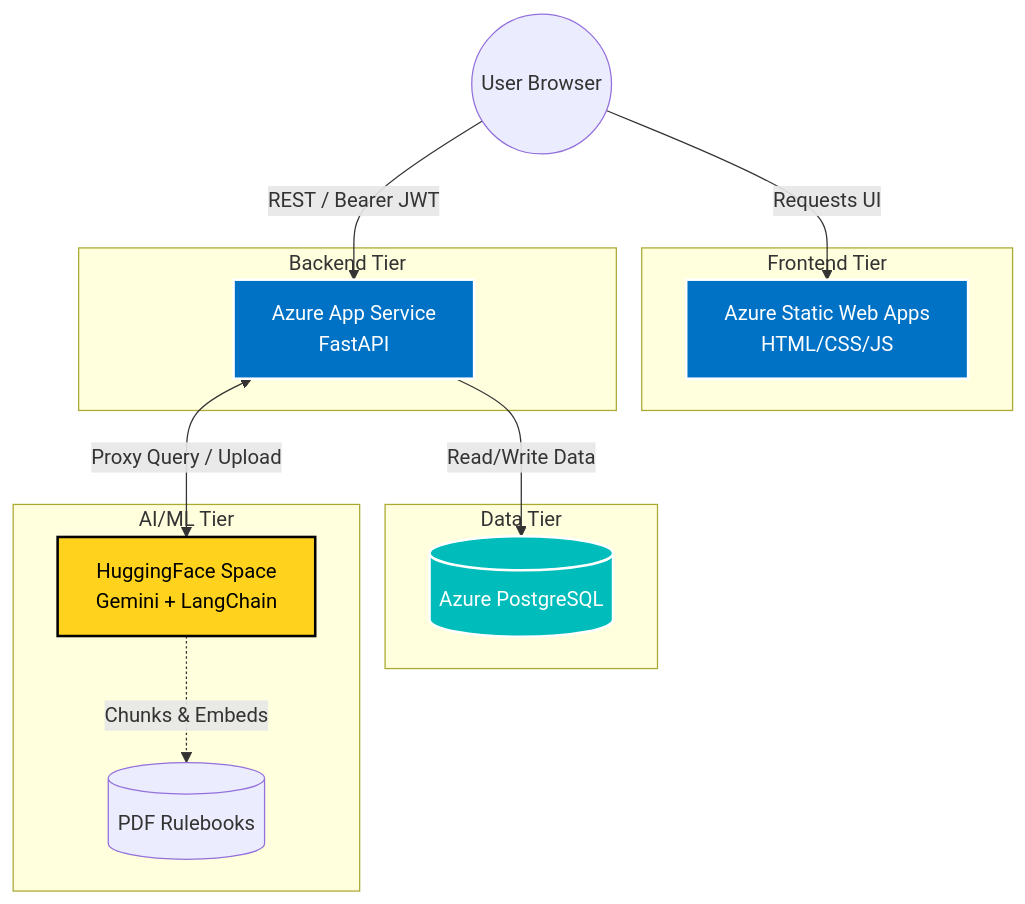
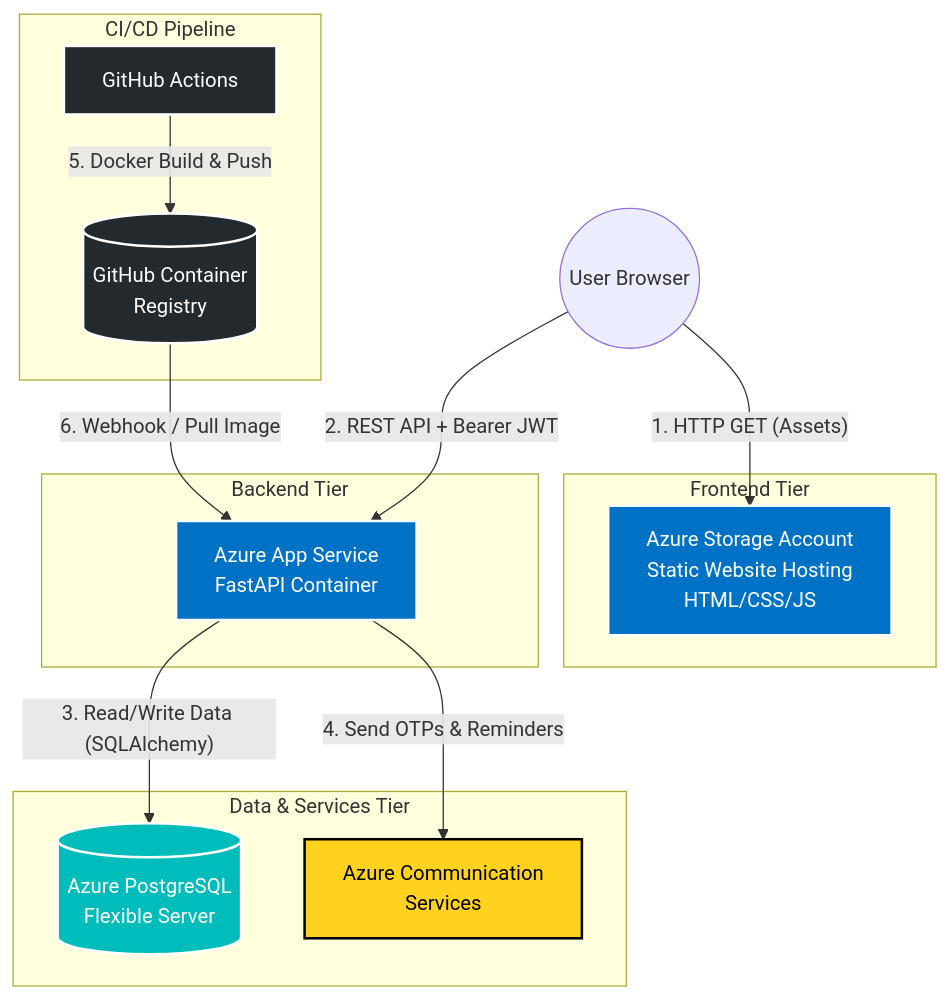
The first of 5 diagrams in docs/design_doc.md (Dhruv-Puri/2nd-year-Internship), drawn with Mermaid before and after one commit. The commit also changed other lines of this file, not shown here.

````diff
--- a/docs/design_doc.md
+++ b/docs/design_doc.md
@@ -19,34 +21,37 @@
 ```mermaid
 graph TD
     %% Define Styles
     classDef azure fill:#0072C6,stroke:#fff,stroke-width:2px,color:#fff;
-    classDef hf fill:#FFD21E,stroke:#000,stroke-width:2px,color:#000;
     classDef db fill:#00bcba,stroke:#fff,stroke-width:2px,color:#fff;
+    classDef cicd fill:#24292e,stroke:#fff,stroke-width:2px,color:#fff;
+    classDef acs fill:#FFD21E,stroke:#000,stroke-width:2px,color:#000;
     
     User((User Browser))
 
     subgraph Frontend Tier
-        SWA[Azure Static Web Apps<br/>HTML/CSS/JS]:::azure
+        SWA["Azure Storage Account<br/>Static Website Hosting<br/>HTML/CSS/JS"]:::azure
+    end
+
+    subgraph CI/CD Pipeline
+        GH["GitHub Actions"]:::cicd
+        GHCR[("GitHub Container<br/>Registry")]:::cicd
     end
 
     subgraph Backend Tier
-        API[Azure App Service<br/>FastAPI]:::azure
+        API["Azure App Service<br/>FastAPI Container"]:::azure
     end
 
-    subgraph Data Tier
-        DB[(Azure PostgreSQL)]:::db
-    end
-
-    subgraph AI/ML Tier
-        HF[HuggingFace Space<br/>Gemini + LangChain]:::hf
-        Docs[(PDF Rulebooks)]
+    subgraph Data & Services Tier
+        DB[("Azure PostgreSQL<br/>Flexible Server")]:::db
+        ACS["Azure Communication<br/>Services"]:::acs
     end
 
     %% Routing
-    User -->|Requests UI| SWA
-    User -->|REST / Bearer JWT| API
-    API -->|Read/Write Data| DB
-    API <-->|Proxy Query / Upload| HF
-    HF -.->|Chunks & Embeds| Docs
-
+    User -->|"1. HTTP GET (Assets)"| SWA
+    User -->|"2. REST API + Bearer JWT"| API
+    API -->|"3. Read/Write Data (SQLAlchemy)"| DB
+    API -->|"4. Send OTPs & Reminders"| ACS
+    
+    GH -->|"5. Docker Build & Push"| GHCR
+    GHCR -->|"6. Webhook / Pull Image"| API
 ```
````
